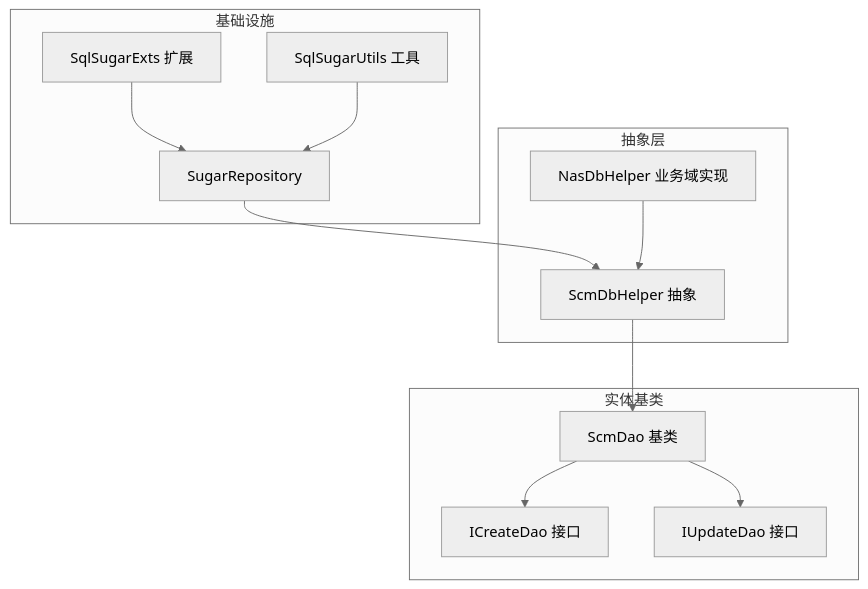
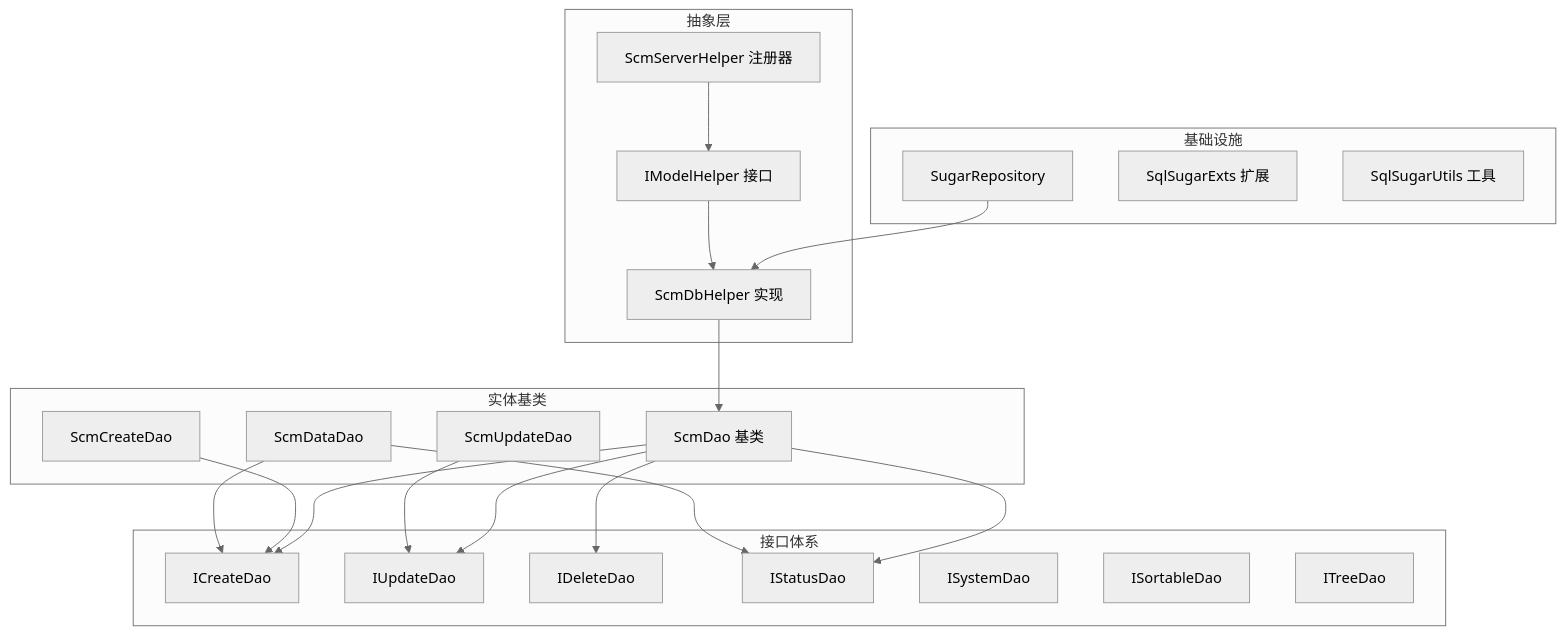
One commit to leadiot/Scm.Net changed the first of 8 diagrams in .qoder/repowiki/zh/content/数据访问层/数据访问层.md. Above: the diagram before and after it, drawn with Mermaid (neutral theme). The commit also changed other lines of this file and 126 other files, not shown here.

````diff
--- a/.qoder/repowiki/zh/content/数据访问层/数据访问层.md
+++ b/.qoder/repowiki/zh/content/数据访问层/数据访问层.md
@@ -42,24 +66,40 @@
 ```mermaid
 graph TB
 subgraph "基础设施"
 SR["SugarRepository<T>"]
 EX["SqlSugarExts 扩展"]
 SU["SqlSugarUtils 工具"]
 end
 subgraph "抽象层"
-SDH["ScmDbHelper 抽象"]
-NHD["NasDbHelper 业务域实现"]
+IMH["IModelHelper 接口"]
+SDH["ScmDbHelper 实现"]
+SSH["ScmServerHelper 注册器"]
 end
 subgraph "实体基类"
 SDAO["ScmDao 基类"]
-ICD["ICreateDao 接口"]
-IUD["IUpdateDao 接口"]
+SCD["ScmCreateDao"]
+SUD["ScmUpdateDao"]
+SDD["ScmDataDao"]
+end
+subgraph "接口体系"
+ICD["ICreateDao"]
+IUD["IUpdateDao"]
+IDD["IDeleteDao"]
+ISD["IStatusDao"]
+ISys["ISystemDao"]
+ISort["ISortableDao"]
+ITree["ITreeDao"]
 end
 SR --> SDH
+IMH --> SDH
+SSH --> IMH
 SDH --> SDAO
 SDAO --> ICD
 SDAO --> IUD
-EX --> SR
-SU --> SR
-NHD --> SDH
+SDAO --> IDD
+SDAO --> ISD
+SCD --> ICD
+SUD --> IUD
+SDD --> ISD
+SDD --> ICD
 ```
````
